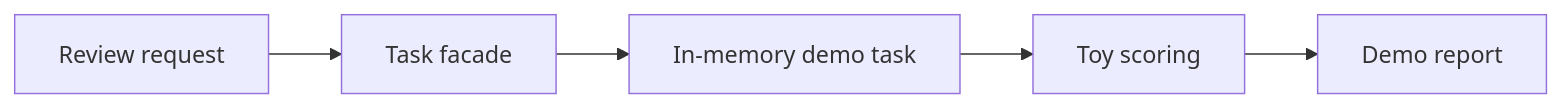
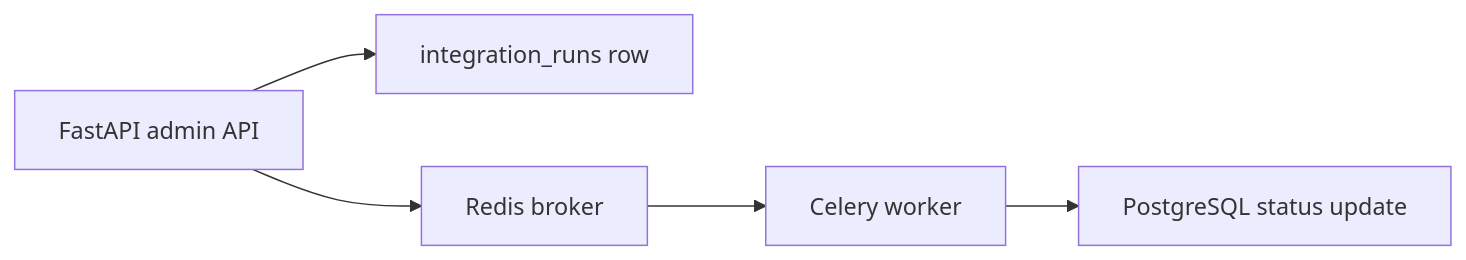
Before and after one commit to jinjinwa/upup-review-assistant: the diagram in docs/task-architecture.md, drawn with Mermaid. The commit also changed other lines of this file and 93 other files, not shown here.

````diff
--- a/docs/task-architecture.md
+++ b/docs/task-architecture.md
@@ -17,7 +5,7 @@
 ```mermaid
 flowchart LR
-  A["Review request"] --> B["Task facade"]
-  B --> C["In-memory demo task"]
-  C --> D["Toy scoring"]
-  D --> E["Demo report"]
+  API["FastAPI admin API"] --> Run["integration_runs row"]
+  API --> Queue["Redis broker"]
+  Queue --> Worker["Celery worker"]
+  Worker --> DB["PostgreSQL status update"]
 ```
````
